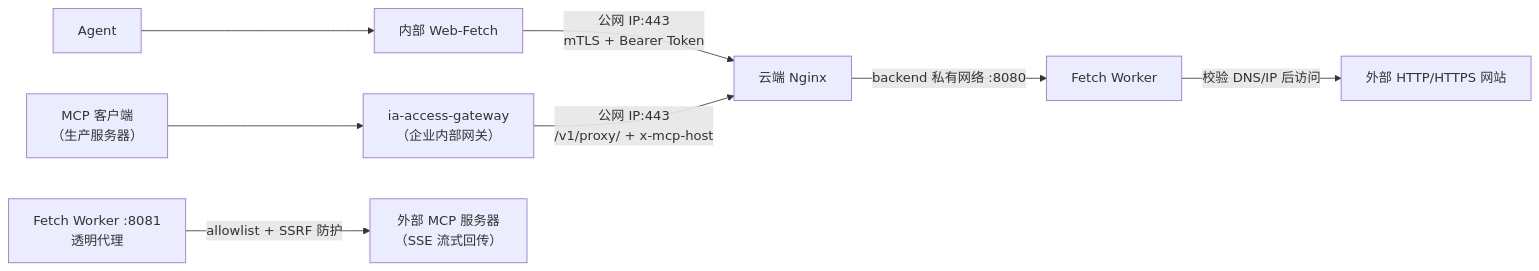
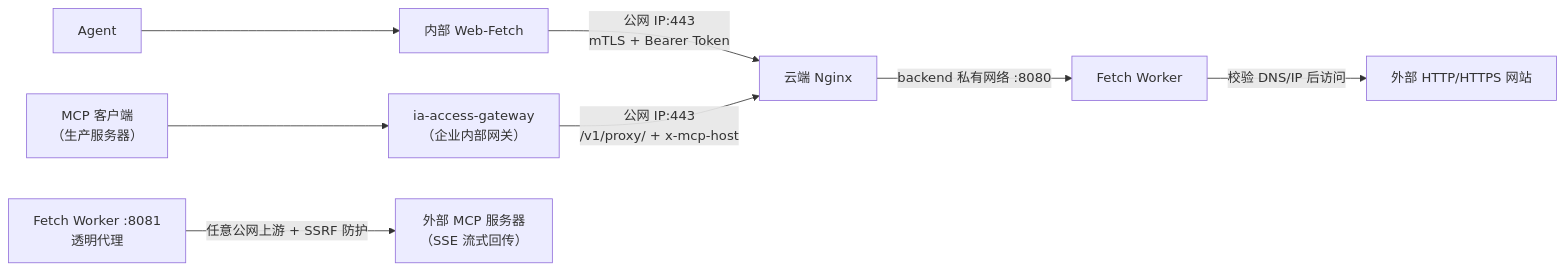
The diagram in README.md (damaohongtu/web-fetch-proxy), drawn with Mermaid before and after one commit. The commit also changed 14 other files, not shown here.

````diff
--- a/README.md
+++ b/README.md
@@ -6,10 +6,10 @@
 ```mermaid
 flowchart LR
     A["Agent"] --> I["内部 Web-Fetch"]
     I -->|"公网 IP:443<br/>mTLS + Bearer Token"| N["云端 Nginx"]
     N -->|"backend 私有网络 :8080"| W["Fetch Worker"]
     W -->|"校验 DNS/IP 后访问"| T["外部 HTTP/HTTPS 网站"]
     M["MCP 客户端<br/>（生产服务器）"] --> G["ia-access-gateway<br/>（企业内部网关）"]
     G -->|"公网 IP:443<br/>/v1/proxy/ + x-mcp-host"| N
-    W2["Fetch Worker :8081<br/>透明代理"] -->|"allowlist + SSRF 防护"| U["外部 MCP 服务器<br/>（SSE 流式回传）"]
+    W2["Fetch Worker :8081<br/>透明代理"] -->|"任意公网上游 + SSRF 防护"| U["外部 MCP 服务器<br/>（SSE 流式回传）"]
 ```
````
